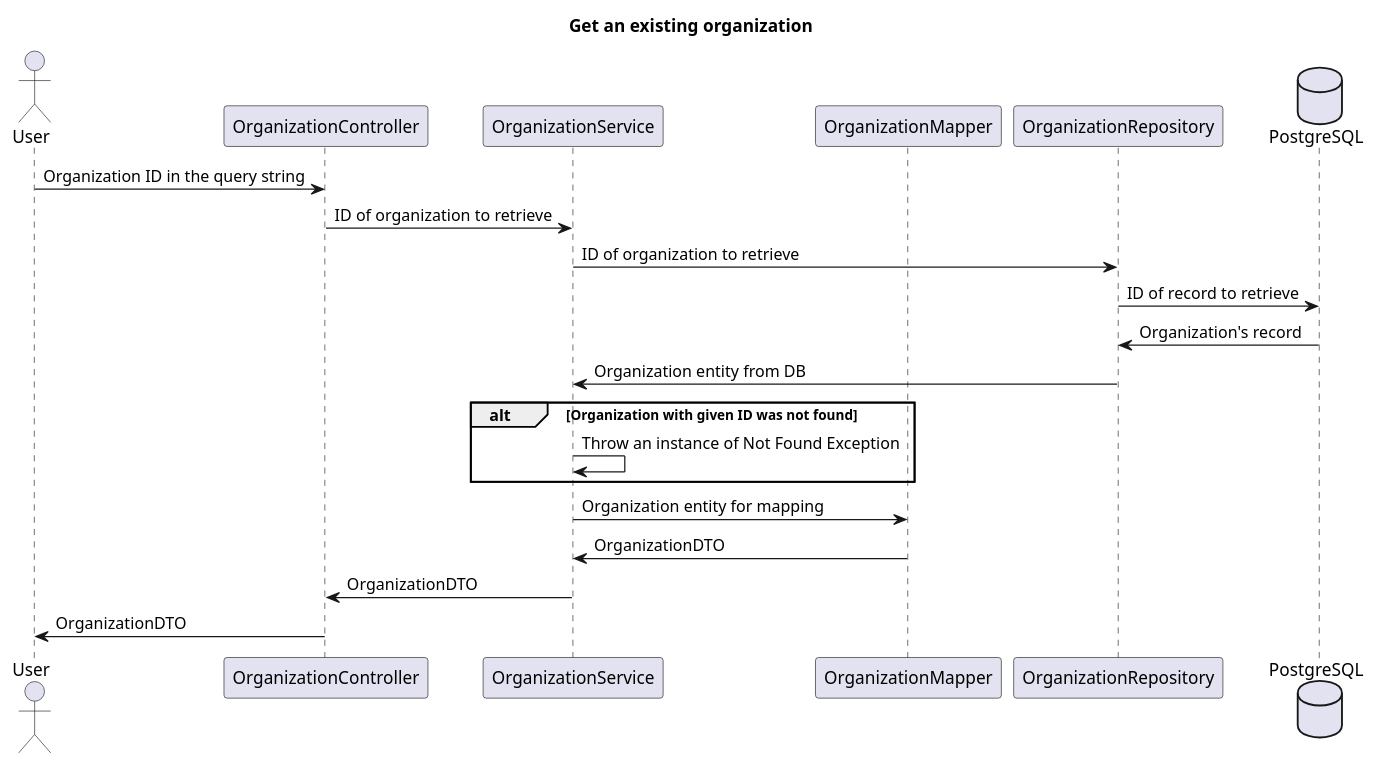
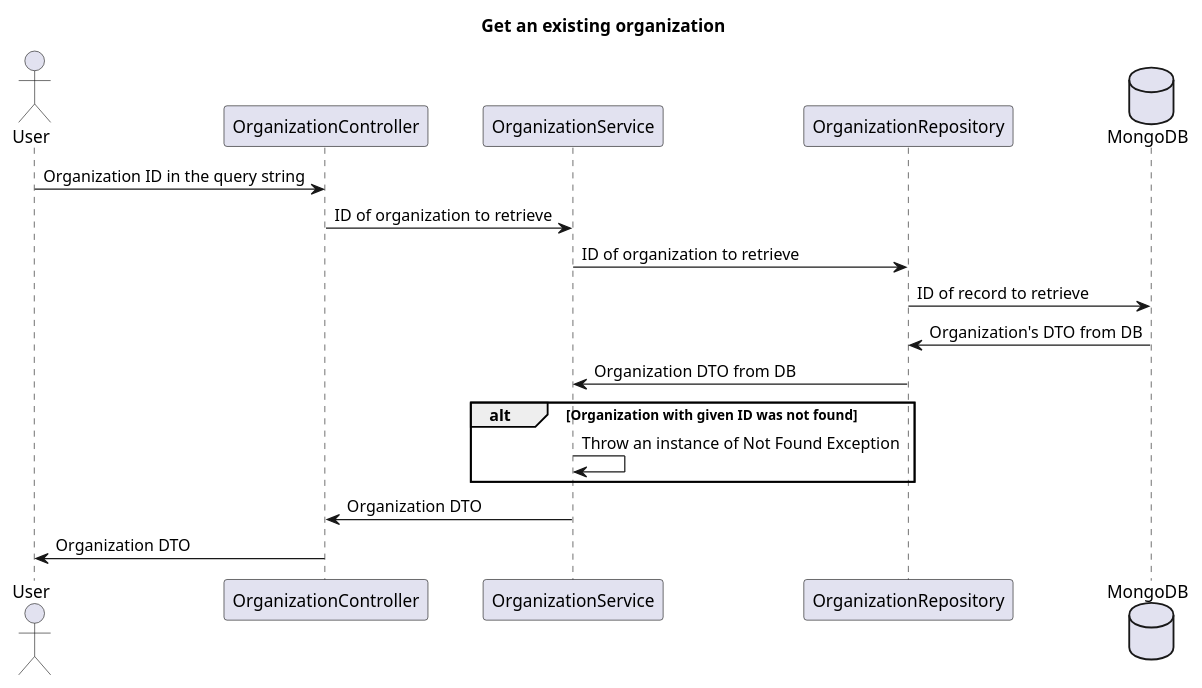
One commit to Aleksandr-Barmin/misc-diagrams changed the diagram in Customer Service/As to be/New REST endpoints/01. organizations get existing.puml. Above: the diagram before and after it, drawn with PlantUML. The commit also changed 7 other files, not shown here.

```diff
--- a/Customer Service/As to be/New REST endpoints/01. organizations get existing.puml
+++ b/Customer Service/As to be/New REST endpoints/01. organizations get existing.puml
@@ -1,28 +1,24 @@
 @startuml Get an existing organization
     title Get an existing organization
 
     actor User as user
     participant OrganizationController as organizationController
     participant OrganizationService as organizationService
-    participant OrganizationMapper as organizationMapper
     participant OrganizationRepository as organizationRepository
-    database PostgreSQL as db
+    database MongoDB as db
 
     user -> organizationController: Organization ID in the query string
         organizationController -> organizationService: ID of organization to retrieve
 
             organizationService -> organizationRepository: ID of organization to retrieve
                 organizationRepository -> db: ID of record to retrieve
-                db -> organizationRepository: Organization's record
-            organizationRepository -> organizationService: Organization entity from DB
+                db -> organizationRepository: Organization's DTO from DB
+            organizationRepository -> organizationService: Organization DTO from DB
 
             alt Organization with given ID was not found
                 organizationService -> organizationService: Throw an instance of Not Found Exception
             end 
 
-            organizationService -> organizationMapper: Organization entity for mapping
-            organizationMapper -> organizationService: OrganizationDTO
-
-        organizationService -> organizationController: OrganizationDTO
-    organizationController -> user: OrganizationDTO
+        organizationService -> organizationController: Organization DTO
+    organizationController -> user: Organization DTO
 @enduml
```
